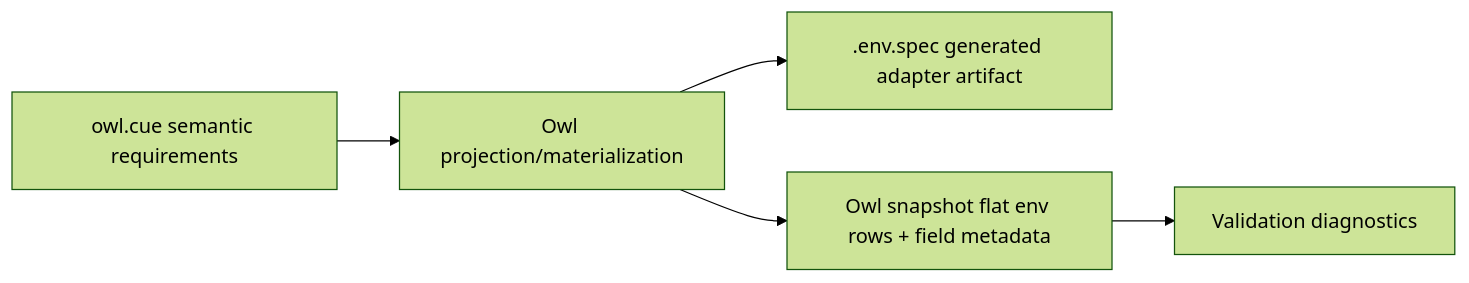
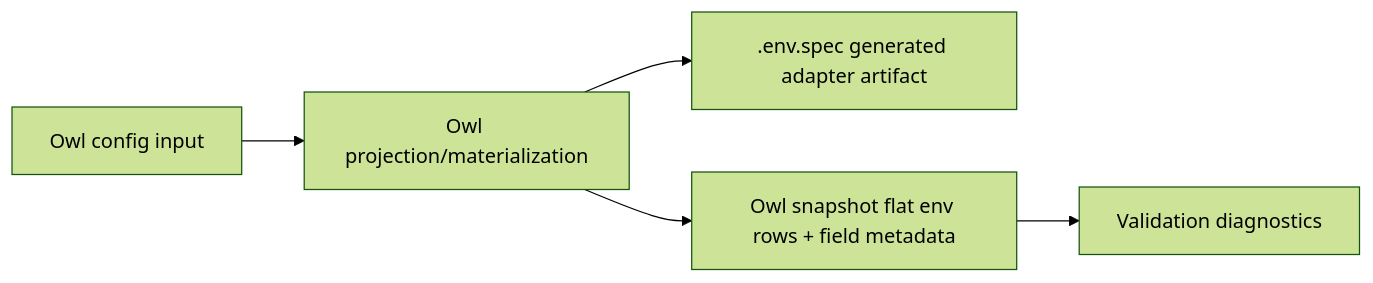
The diagram in docs/composite-requirements.md (runmedev/owl), drawn with Mermaid (forest theme) before and after one commit. The commit also changed other lines of this file and 17 other files, not shown here.

Commit message:
feat: add config-driven dotenv projection

````diff
--- a/docs/composite-requirements.md
+++ b/docs/composite-requirements.md
@@ -17,7 +17,7 @@
 ```mermaid
 flowchart LR
-  A[owl.cue semantic requirements] --> B[Owl projection/materialization]
+  A[Owl config input] --> B[Owl projection/materialization]
   B --> C[.env.spec generated adapter artifact]
   B --> D[Owl snapshot flat env rows + field metadata]
   D --> E[Validation diagnostics]
 ```
````
